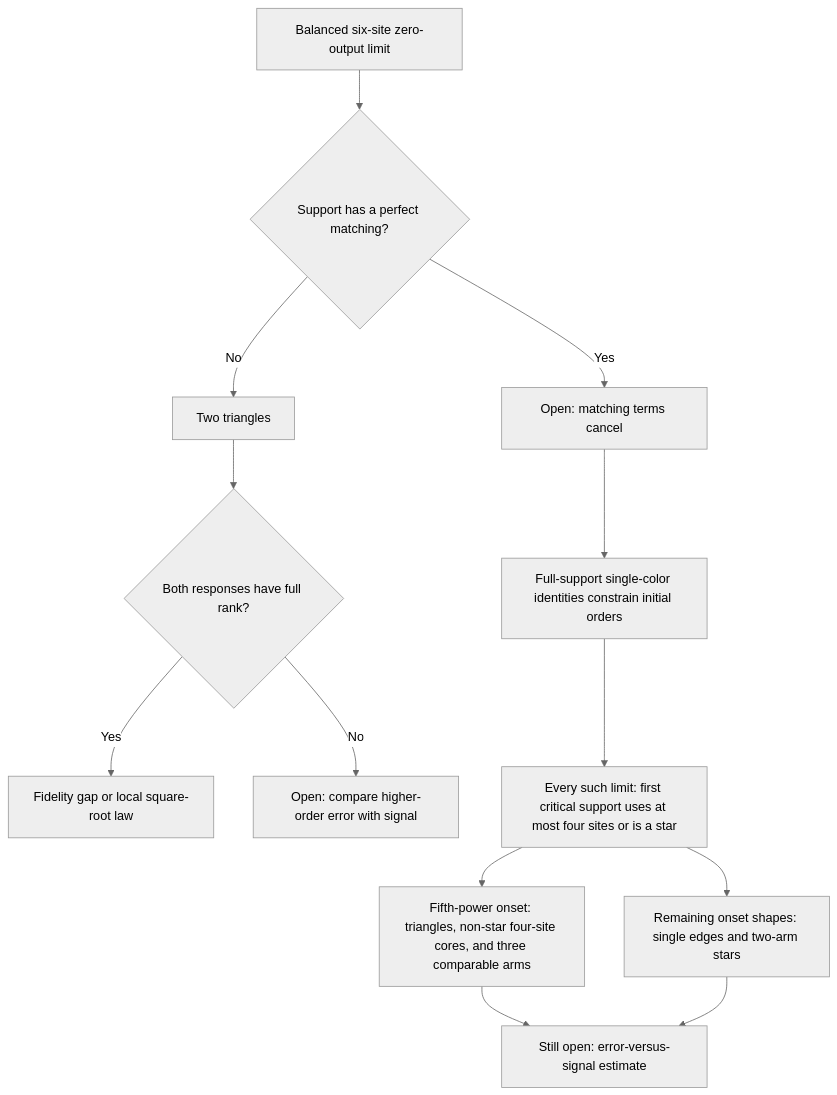
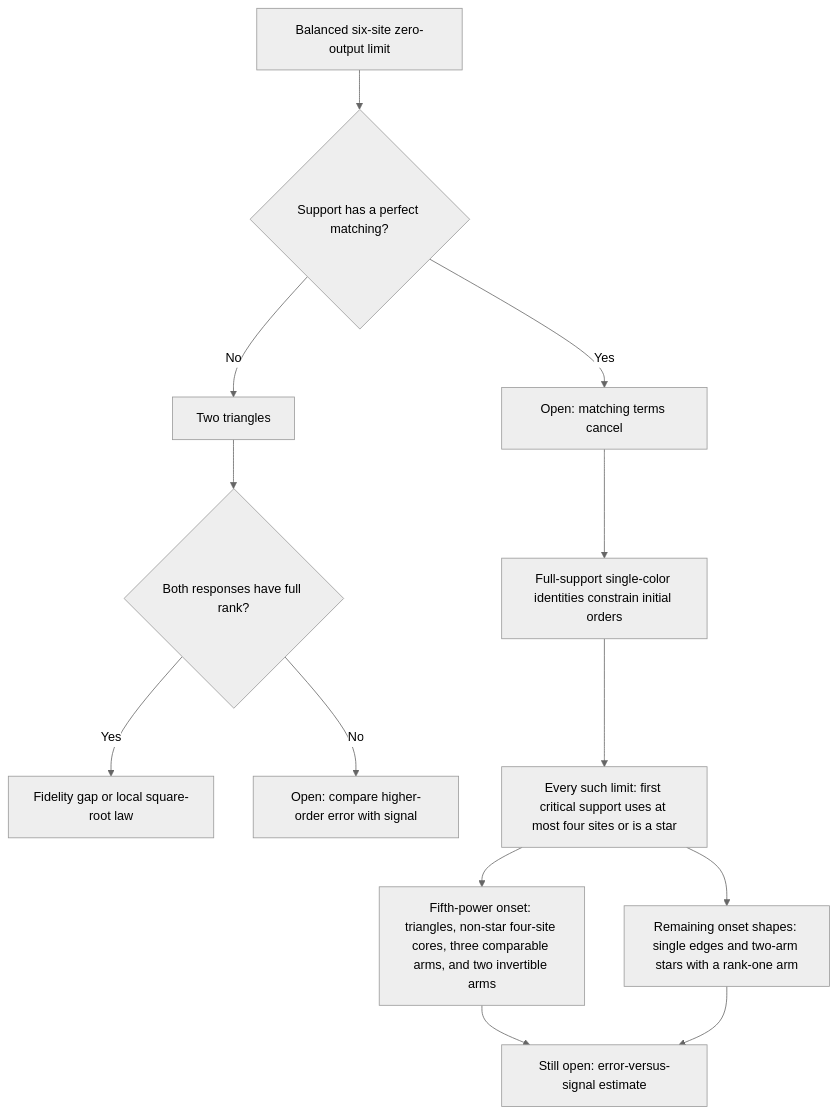
Before and after one commit to rrajasek95/krenn-conjecture: the diagram in research/ghz-rates/README.md, drawn with Mermaid (neutral theme). The commit also changed other lines of this file and 11 other files, not shown here.

Commit message:
Prove GHZ onset with two invertible arms and classify attachment kernels

```diff
--- a/research/ghz-rates/README.md
+++ b/research/ghz-rates/README.md
@@ -49,15 +50,15 @@
 ~~~mermaid
 flowchart TD
     A["Balanced six-site zero-output limit"] --> B{"Support has a perfect matching?"}
     B -->|No| C["Two triangles"]
     C --> D{"Both responses have full rank?"}
     D -->|Yes| E["Fidelity gap or local square-root law"]
     D -->|No| F["Open: compare higher-order error with signal"]
     B -->|Yes| G["Open: matching terms cancel"]
     G --> H["Full-support single-color identities constrain initial orders"]
     H --> I["Every such limit: first critical support uses at most four sites or is a star"]
-    I --> J["Fifth-power onset: triangles, non-star four-site cores, and three comparable arms"]
-    I --> K["Remaining onset shapes: single edges and two-arm stars"]
+    I --> J["Fifth-power onset: triangles, non-star four-site cores, three comparable arms, and two invertible arms"]
+    I --> K["Remaining onset shapes: single edges and two-arm stars with a rank-one arm"]
     J --> L["Still open: error-versus-signal estimate"]
     K --> L
 ~~~
```
